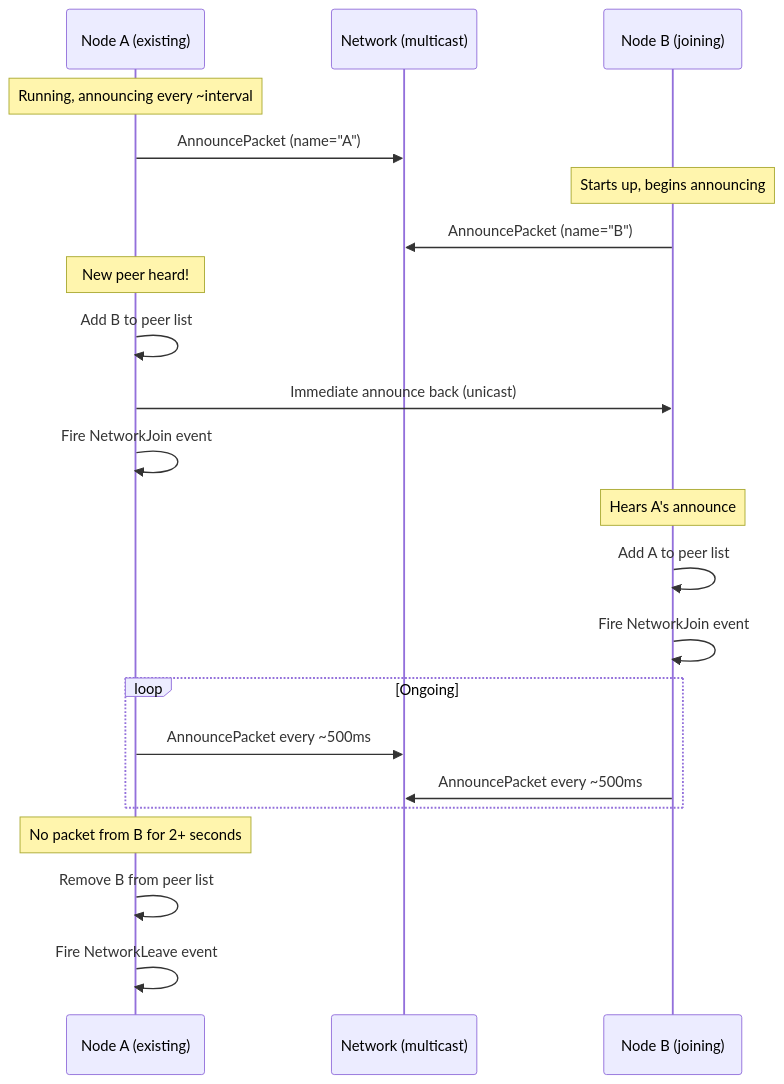
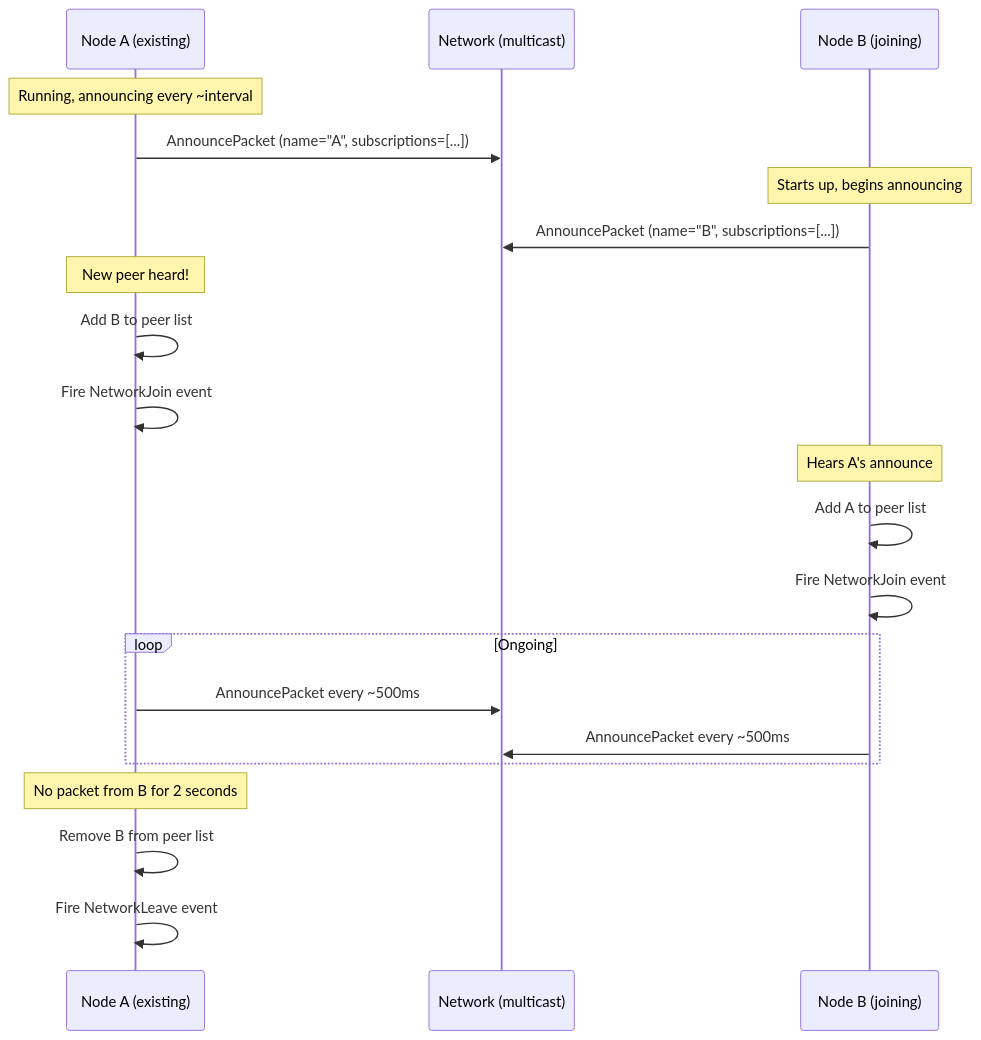
One commit to Fastcode/NUClear changed the third of 12 diagrams in docs/explanation/nuclearnet.md. Above: the diagram before and after it, drawn with Mermaid. The commit also changed other lines of this file and 3 other files, not shown here.

````diff
--- a/docs/explanation/nuclearnet.md
+++ b/docs/explanation/nuclearnet.md
@@ -76,30 +101,29 @@
 ```mermaid
 sequenceDiagram
     participant A as Node A (existing)
     participant Net as Network (multicast)
     participant B as Node B (joining)
 
     Note over A: Running, announcing every ~interval
-    A->>Net: AnnouncePacket (name="A")
+    A->>Net: AnnouncePacket (name="A", subscriptions=[...])
 
     Note over B: Starts up, begins announcing
-    B->>Net: AnnouncePacket (name="B")
+    B->>Net: AnnouncePacket (name="B", subscriptions=[...])
 
     Note over A: New peer heard!
     A->>A: Add B to peer list
-    A->>B: Immediate announce back (unicast)
     A->>A: Fire NetworkJoin event
 
     Note over B: Hears A's announce
     B->>B: Add A to peer list
     B->>B: Fire NetworkJoin event
 
     loop Ongoing
         A->>Net: AnnouncePacket every ~500ms
         B->>Net: AnnouncePacket every ~500ms
     end
 
-    Note over A: No packet from B for 2+ seconds
+    Note over A: No packet from B for 2 seconds
     A->>A: Remove B from peer list
     A->>A: Fire NetworkLeave event
 ```
````
